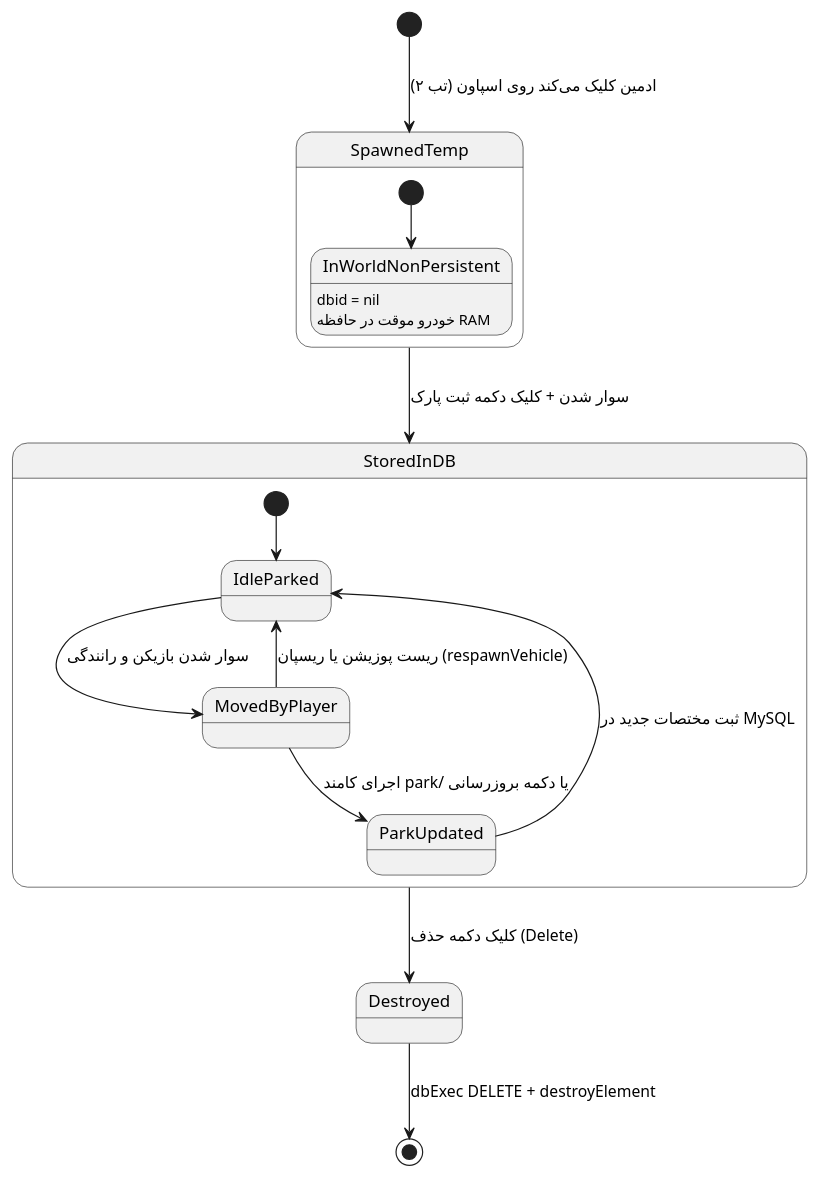
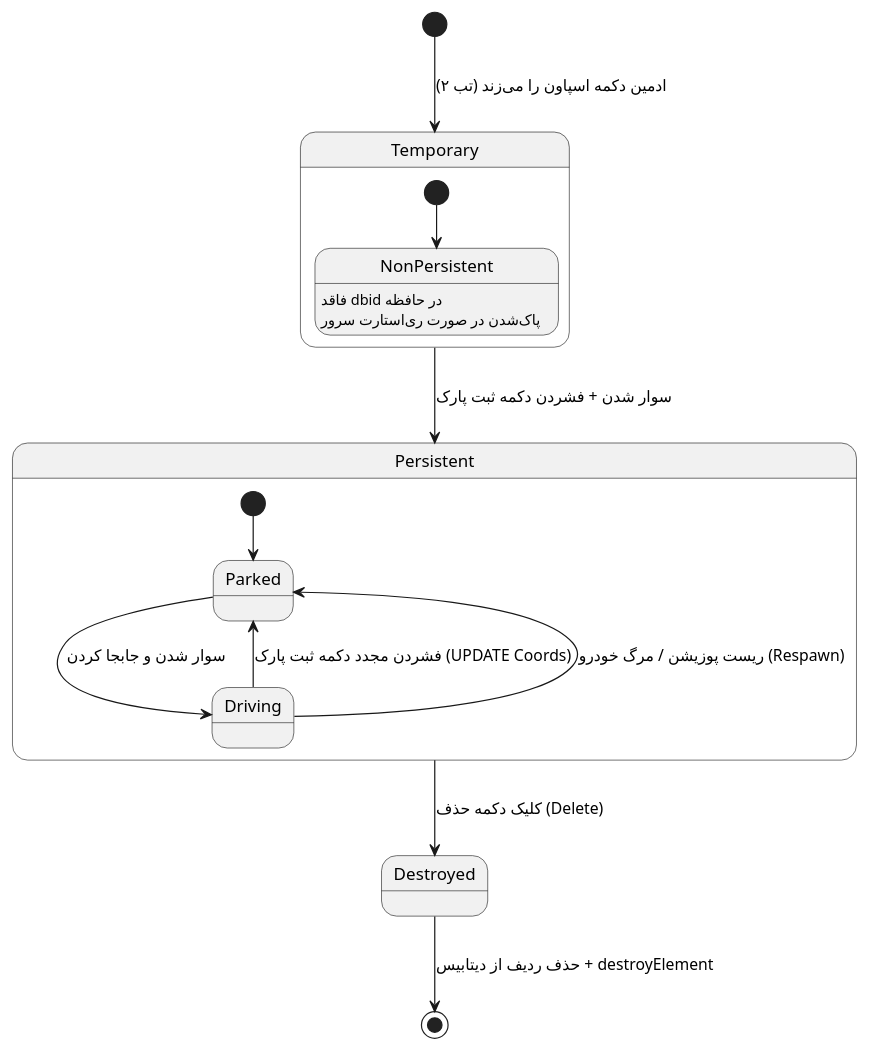
The second of 6 diagrams in resources/admin_vehicles/ReadMe.md (Silent-Galaxy/SilentRP), drawn with PlantUML before and after one commit. The commit also changed other lines of this file, not shown here.

````diff
--- a/resources/admin_vehicles/ReadMe.md
+++ b/resources/admin_vehicles/ReadMe.md
@@ -102,21 +154,22 @@
+```plantuml
 @startuml
-[*] --> SpawnedTemp : ادمین کلیک می‌کند روی اسپاون (تب ۲)
+[*] --> Temporary : ادمین دکمه اسپاون را می‌زند (تب ۲)
 
-state SpawnedTemp {
-  [*] --> InWorldNonPersistent
-  InWorldNonPersistent : dbid = nil
-  InWorldNonPersistent : خودرو موقت در حافظه RAM
+state Temporary {
+  [*] --> NonPersistent
+  NonPersistent : فاقد dbid در حافظه
+  NonPersistent : پاک‌شدن در صورت ری‌استارت سرور
 }
 
-SpawnedTemp --> StoredInDB : سوار شدن + کلیک دکمه ثبت پارک
-state StoredInDB {
-  [*] --> IdleParked
-  IdleParked --> MovedByPlayer : سوار شدن بازیکن و رانندگی
-  MovedByPlayer --> ParkUpdated : اجرای کامند park/ یا دکمه بروزرسانی
-  ParkUpdated --> IdleParked : ثبت مختصات جدید در MySQL
-  MovedByPlayer --> IdleParked : ریست پوزیشن یا ریسپان (respawnVehicle)
+Temporary --> Persistent : سوار شدن + فشردن دکمه ثبت پارک
+state Persistent {
+  [*] --> Parked
+  Parked --> Driving : سوار شدن و جابجا کردن
+  Driving --> Parked : فشردن مجدد دکمه ثبت پارک (UPDATE Coords)
+  Driving --> Parked : ریست پوزیشن / مرگ خودرو (Respawn)
 }
 
-StoredInDB --> Destroyed : کلیک دکمه حذف (Delete)
-Destroyed --> [*] : dbExec DELETE + destroyElement
+Persistent --> Destroyed : کلیک دکمه حذف (Delete)
+Destroyed --> [*] : حذف ردیف از دیتابیس + destroyElement
 @enduml
+```
````
